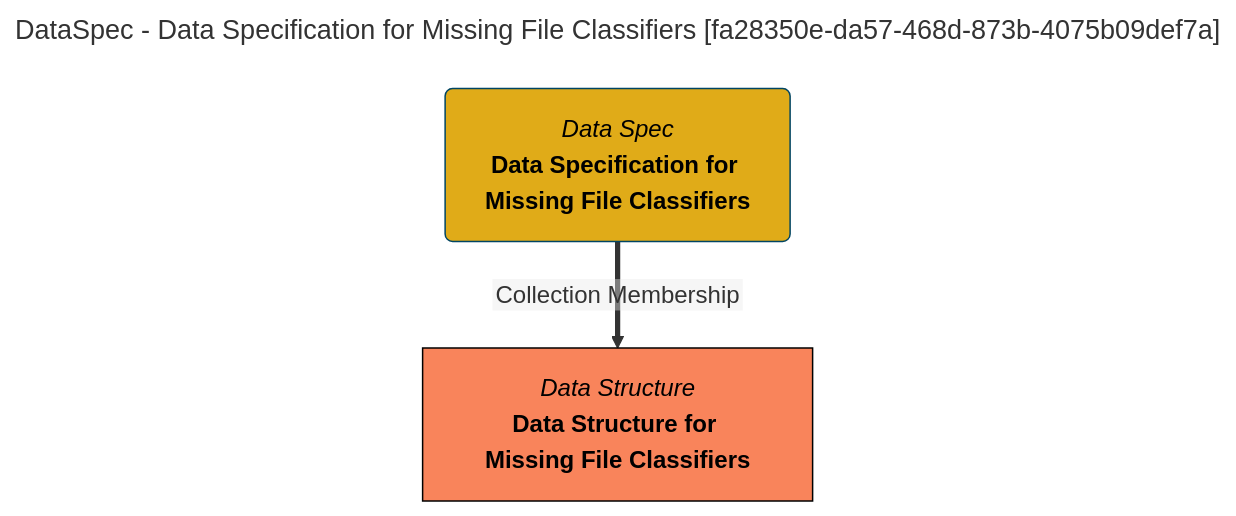
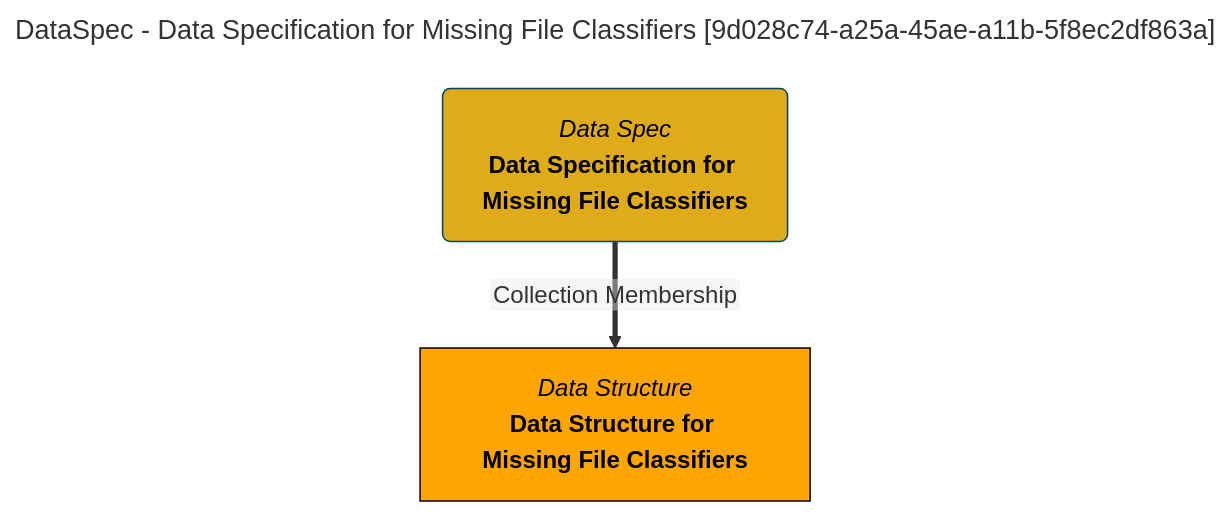
The diagram in site/snippets/collections/data-specs/data-specification-for-missing-file-classifiers-mermaid-graph.md (odpi/egeria-docs), drawn with Mermaid before and after one commit. The commit also changed 2201 other files, not shown here.

````diff
--- a/site/snippets/collections/data-specs/data-specification-for-missing-file-classifiers-mermaid-graph.md
+++ b/site/snippets/collections/data-specs/data-specification-for-missing-file-classifiers-mermaid-graph.md
@@ -1,15 +1,15 @@
 ```mermaid
 ---
-title: DataSpec - Data Specification for Missing File Classifiers [fa28350e-da57-468d-873b-4075b09def7a]
+title: DataSpec - Data Specification for Missing File Classifiers [9d028c74-a25a-45ae-a11b-5f8ec2df863a]
 ---
 flowchart TD
 %%{init: {"flowchart": {"htmlLabels": false}} }%%
 
 1@{ shape: rounded, label: "*Data Spec*
 **Data Specification for Missing File Classifiers**"}
 2@{ shape: rect, label: "*Data Structure*
 **Data Structure for Missing File Classifiers**"}
 1==>|"Collection Membership"|2
 style 1 color:#000000, fill:#e0ab18, stroke:#004563
-style 2 color:#000000, fill:#f9845b, stroke:#000000
+style 2 color:#000000, fill:#FFA500, stroke:#000000
 ```
````
